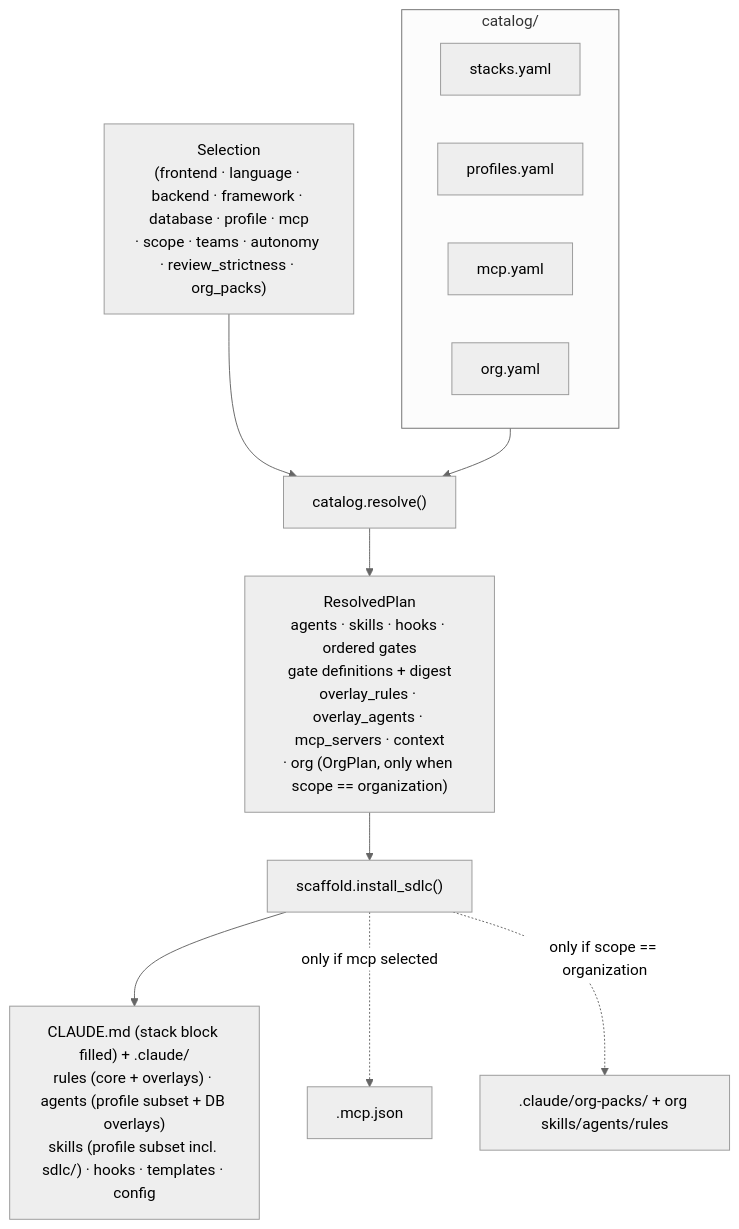
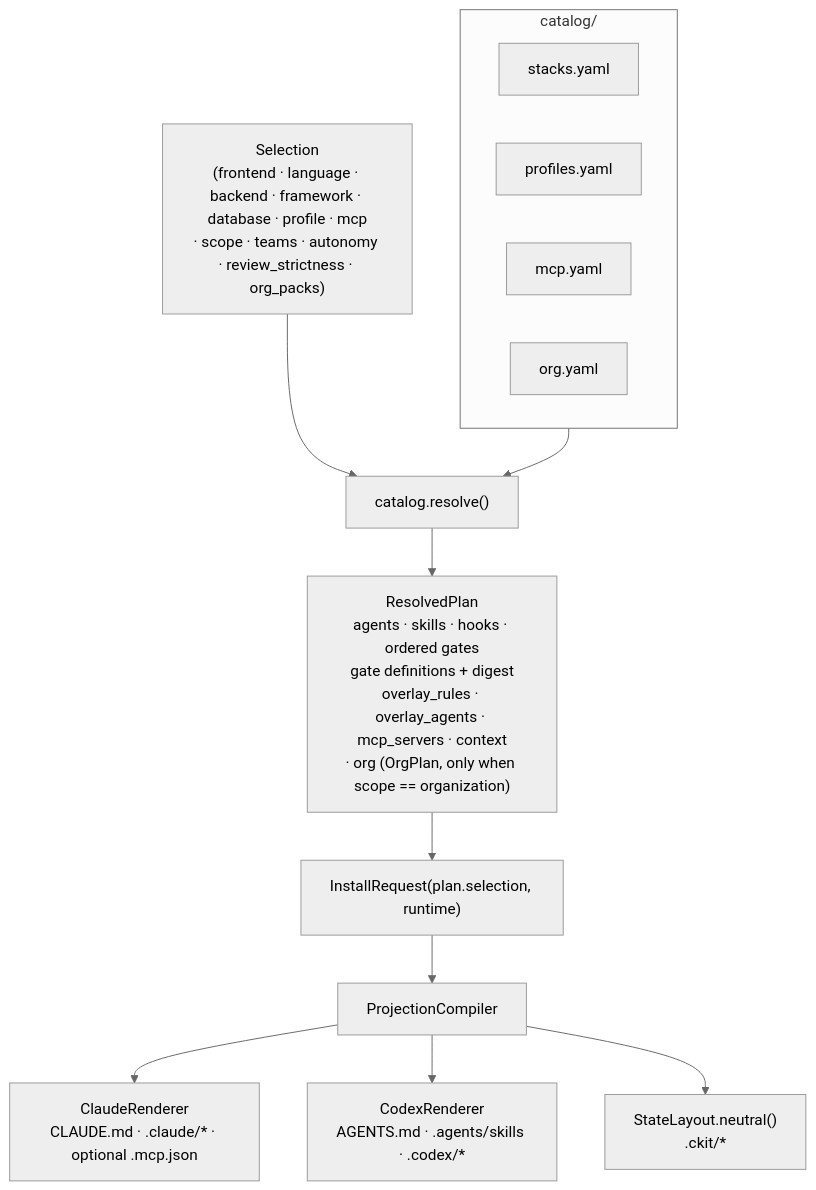
The second of 4 diagrams in docs/architecture.md (ajyadav013/claude-kit), drawn with Mermaid (neutral theme) before and after one commit. The commit also changed other lines of this file and 804 other files, not shown here.

First line of the commit message:
feat: add first-class Claude and Codex runtimes

````diff
--- a/docs/architecture.md
+++ b/docs/architecture.md
@@ -52,17 +64,18 @@
 ```mermaid
 flowchart TB
     SEL["Selection<br/>(frontend · language · backend · framework · database · profile · mcp<br/>· scope · teams · autonomy · review_strictness · org_packs)"]
     subgraph CAT["catalog/"]
         ST["stacks.yaml"]
         PR["profiles.yaml"]
         MC["mcp.yaml"]
         OR["org.yaml"]
     end
     SEL --> RESOLVE["catalog.resolve()"]
     CAT --> RESOLVE
     RESOLVE --> PLAN["ResolvedPlan<br/>agents · skills · hooks · ordered gates<br/>gate definitions + digest<br/>overlay_rules · overlay_agents · mcp_servers · context<br/>· org (OrgPlan, only when scope == organization)"]
-    PLAN --> INSTALL["scaffold.install_sdlc()"]
-    INSTALL --> OUT["CLAUDE.md (stack block filled) + .claude/<br/>rules (core + overlays) · agents (profile subset + DB overlays)<br/>skills (profile subset incl. sdlc/) · hooks · templates · config"]
-    INSTALL -.->|"only if mcp selected"| MCPJSON[".mcp.json"]
-    INSTALL -.->|"only if scope == organization"| ORGOUT[".claude/org-packs/ + org skills/agents/rules"]
+    PLAN --> REQUEST["InstallRequest(plan.selection, runtime)"]
+    REQUEST --> COMP["ProjectionCompiler"]
+    COMP --> CP["ClaudeRenderer<br/>CLAUDE.md · .claude/* · optional .mcp.json"]
+    COMP --> XP["CodexRenderer<br/>AGENTS.md · .agents/skills · .codex/*"]
+    COMP --> STATE["StateLayout.neutral()<br/>.ckit/*"]
 ```
````
